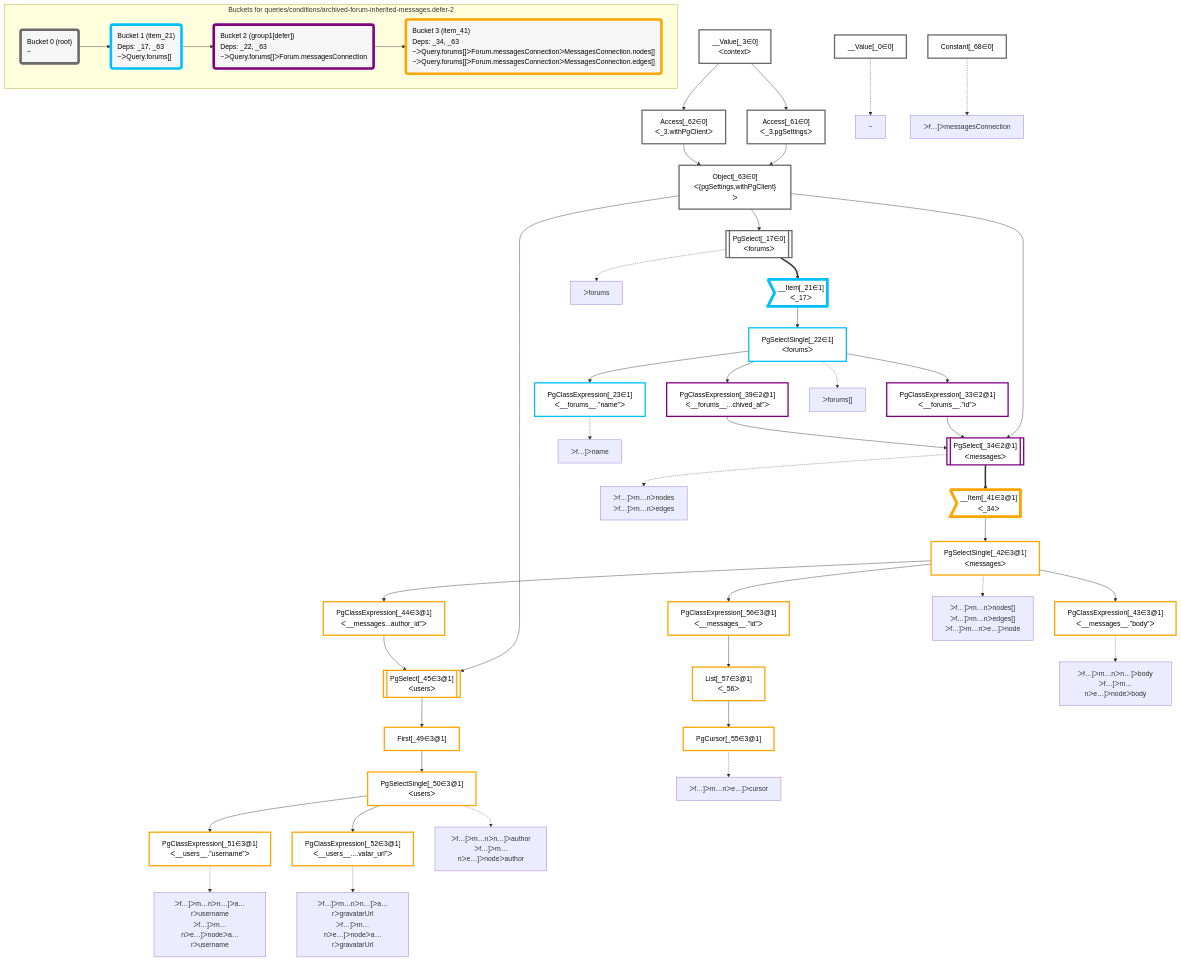
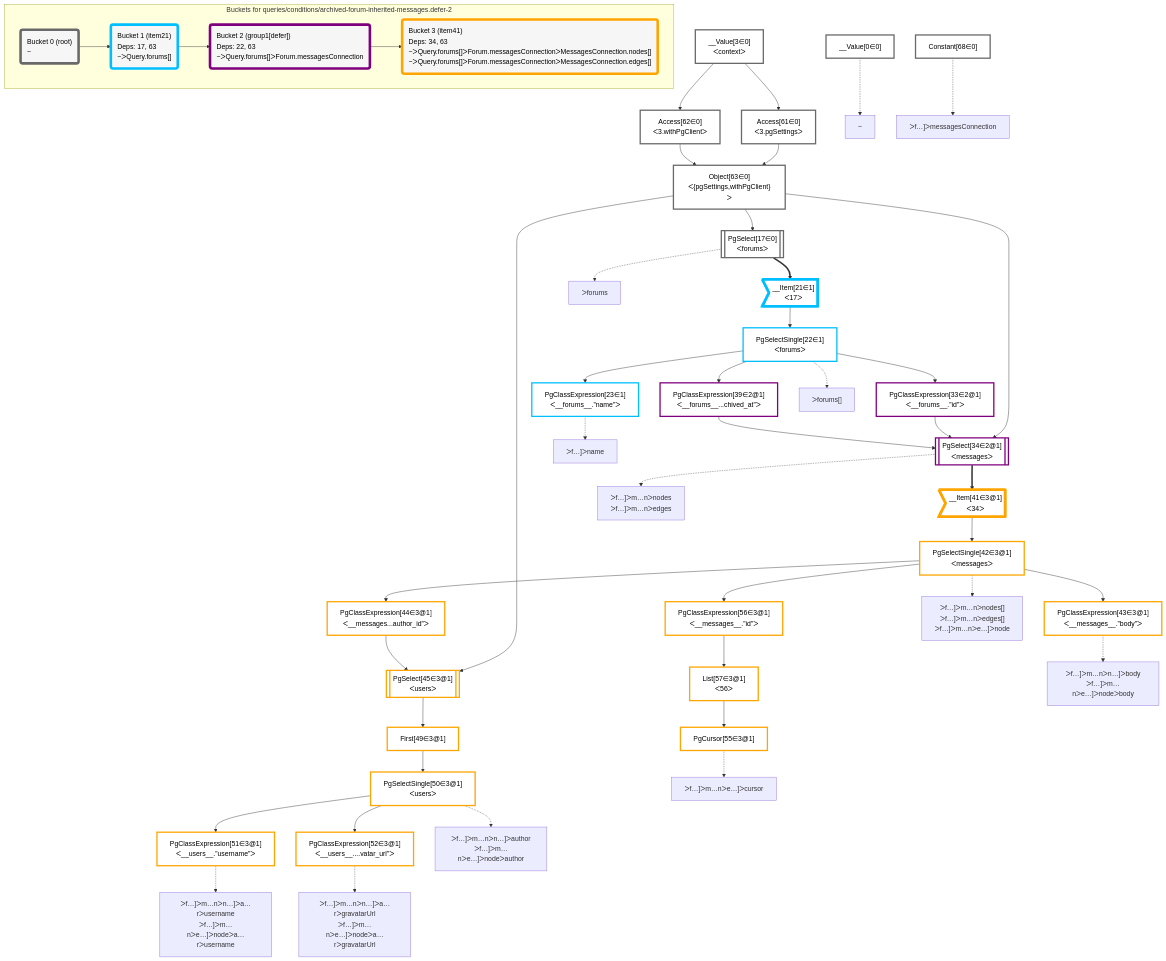
The diagram in packages/dataplan-pg/__tests__/queries/conditions/archived-forum-inherited-messages.defer-2.deopt.mermaid.md (graphile/crystal), drawn with Mermaid before and after one commit. The commit also changed 195 other files, not shown here.

```diff
--- a/packages/dataplan-pg/__tests__/queries/conditions/archived-forum-inherited-messages.defer-2.deopt.mermaid.md
+++ b/packages/dataplan-pg/__tests__/queries/conditions/archived-forum-inherited-messages.defer-2.deopt.mermaid.md
@@ -8,95 +8,95 @@
 
 
     %% define plans
-    __Value_0["__Value[_0∈0]"]:::plan
-    PgClassExpression_23["PgClassExpression[_23∈1]<br />ᐸ__forums__.”name”ᐳ"]:::plan
-    PgClassExpression_43["PgClassExpression[_43∈3@1]<br />ᐸ__messages__.”body”ᐳ"]:::plan
-    PgClassExpression_51["PgClassExpression[_51∈3@1]<br />ᐸ__users__.”username”ᐳ"]:::plan
-    PgClassExpression_52["PgClassExpression[_52∈3@1]<br />ᐸ__users__....vatar_url”ᐳ"]:::plan
-    PgSelectSingle_50["PgSelectSingle[_50∈3@1]<br />ᐸusersᐳ"]:::plan
-    First_49["First[_49∈3@1]"]:::plan
-    PgSelect_45[["PgSelect[_45∈3@1]<br />ᐸusersᐳ"]]:::plan
-    PgClassExpression_44["PgClassExpression[_44∈3@1]<br />ᐸ__messages...author_id”ᐳ"]:::plan
-    PgCursor_55["PgCursor[_55∈3@1]"]:::plan
-    List_57["List[_57∈3@1]<br />ᐸ_56ᐳ"]:::plan
-    PgClassExpression_56["PgClassExpression[_56∈3@1]<br />ᐸ__messages__.”id”ᐳ"]:::plan
-    PgSelectSingle_42["PgSelectSingle[_42∈3@1]<br />ᐸmessagesᐳ"]:::plan
-    __Item_41>"__Item[_41∈3@1]<br />ᐸ_34ᐳ"]:::itemplan
-    PgSelect_34[["PgSelect[_34∈2@1]<br />ᐸmessagesᐳ"]]:::plan
-    PgClassExpression_33["PgClassExpression[_33∈2@1]<br />ᐸ__forums__.”id”ᐳ"]:::plan
-    PgClassExpression_39["PgClassExpression[_39∈2@1]<br />ᐸ__forums__...chived_at”ᐳ"]:::plan
-    PgSelectSingle_22["PgSelectSingle[_22∈1]<br />ᐸforumsᐳ"]:::plan
-    __Item_21>"__Item[_21∈1]<br />ᐸ_17ᐳ"]:::itemplan
-    PgSelect_17[["PgSelect[_17∈0]<br />ᐸforumsᐳ"]]:::plan
-    Object_63["Object[_63∈0]<br />ᐸ{pgSettings,withPgClient}ᐳ"]:::plan
-    Access_61["Access[_61∈0]<br />ᐸ_3.pgSettingsᐳ"]:::plan
-    Access_62["Access[_62∈0]<br />ᐸ_3.withPgClientᐳ"]:::plan
-    __Value_3["__Value[_3∈0]<br />ᐸcontextᐳ"]:::plan
-    Constant_68["Constant[_68∈0]"]:::plan
+    __Value0["__Value[0∈0]"]:::plan
+    PgClassExpression23["PgClassExpression[23∈1]<br />ᐸ__forums__.”name”ᐳ"]:::plan
+    PgClassExpression43["PgClassExpression[43∈3@1]<br />ᐸ__messages__.”body”ᐳ"]:::plan
+    PgClassExpression51["PgClassExpression[51∈3@1]<br />ᐸ__users__.”username”ᐳ"]:::plan
+    PgClassExpression52["PgClassExpression[52∈3@1]<br />ᐸ__users__....vatar_url”ᐳ"]:::plan
+    PgSelectSingle50["PgSelectSingle[50∈3@1]<br />ᐸusersᐳ"]:::plan
+    First49["First[49∈3@1]"]:::plan
+    PgSelect45[["PgSelect[45∈3@1]<br />ᐸusersᐳ"]]:::plan
+    PgClassExpression44["PgClassExpression[44∈3@1]<br />ᐸ__messages...author_id”ᐳ"]:::plan
+    PgCursor55["PgCursor[55∈3@1]"]:::plan
+    List57["List[57∈3@1]<br />ᐸ56ᐳ"]:::plan
+    PgClassExpression56["PgClassExpression[56∈3@1]<br />ᐸ__messages__.”id”ᐳ"]:::plan
+    PgSelectSingle42["PgSelectSingle[42∈3@1]<br />ᐸmessagesᐳ"]:::plan
+    __Item41>"__Item[41∈3@1]<br />ᐸ34ᐳ"]:::itemplan
+    PgSelect34[["PgSelect[34∈2@1]<br />ᐸmessagesᐳ"]]:::plan
+    PgClassExpression33["PgClassExpression[33∈2@1]<br />ᐸ__forums__.”id”ᐳ"]:::plan
+    PgClassExpression39["PgClassExpression[39∈2@1]<br />ᐸ__forums__...chived_at”ᐳ"]:::plan
+    PgSelectSingle22["PgSelectSingle[22∈1]<br />ᐸforumsᐳ"]:::plan
+    __Item21>"__Item[21∈1]<br />ᐸ17ᐳ"]:::itemplan
+    PgSelect17[["PgSelect[17∈0]<br />ᐸforumsᐳ"]]:::plan
+    Object63["Object[63∈0]<br />ᐸ{pgSettings,withPgClient}ᐳ"]:::plan
+    Access61["Access[61∈0]<br />ᐸ3.pgSettingsᐳ"]:::plan
+    Access62["Access[62∈0]<br />ᐸ3.withPgClientᐳ"]:::plan
+    __Value3["__Value[3∈0]<br />ᐸcontextᐳ"]:::plan
+    Constant68["Constant[68∈0]"]:::plan
 
     %% plan dependencies
-    PgSelectSingle_22 --> PgClassExpression_23
-    PgSelectSingle_42 --> PgClassExpression_43
-    PgSelectSingle_50 --> PgClassExpression_51
-    PgSelectSingle_50 --> PgClassExpression_52
-    First_49 --> PgSelectSingle_50
-    PgSelect_45 --> First_49
-    Object_63 & PgClassExpression_44 --> PgSelect_45
-    PgSelectSingle_42 --> PgClassExpression_44
-    List_57 --> PgCursor_55
-    PgClassExpression_56 --> List_57
-    PgSelectSingle_42 --> PgClassExpression_56
-    __Item_41 --> PgSelectSingle_42
-    PgSelect_34 ==> __Item_41
-    Object_63 & PgClassExpression_33 & PgClassExpression_39 --> PgSelect_34
-    PgSelectSingle_22 --> PgClassExpression_33
-    PgSelectSingle_22 --> PgClassExpression_39
-    __Item_21 --> PgSelectSingle_22
-    PgSelect_17 ==> __Item_21
-    Object_63 --> PgSelect_17
-    Access_61 & Access_62 --> Object_63
-    __Value_3 --> Access_61
-    __Value_3 --> Access_62
+    PgSelectSingle22 --> PgClassExpression23
+    PgSelectSingle42 --> PgClassExpression43
+    PgSelectSingle50 --> PgClassExpression51
+    PgSelectSingle50 --> PgClassExpression52
+    First49 --> PgSelectSingle50
+    PgSelect45 --> First49
+    Object63 & PgClassExpression44 --> PgSelect45
+    PgSelectSingle42 --> PgClassExpression44
+    List57 --> PgCursor55
+    PgClassExpression56 --> List57
+    PgSelectSingle42 --> PgClassExpression56
+    __Item41 --> PgSelectSingle42
+    PgSelect34 ==> __Item41
+    Object63 & PgClassExpression33 & PgClassExpression39 --> PgSelect34
+    PgSelectSingle22 --> PgClassExpression33
+    PgSelectSingle22 --> PgClassExpression39
+    __Item21 --> PgSelectSingle22
+    PgSelect17 ==> __Item21
+    Object63 --> PgSelect17
+    Access61 & Access62 --> Object63
+    __Value3 --> Access61
+    __Value3 --> Access62
 
     %% plan-to-path relationships
-    P_0["~"]
-    __Value_0 -.-> P_0
-    P_17["ᐳforums"]
-    PgSelect_17 -.-> P_17
-    P_22["ᐳforums[]"]
-    PgSelectSingle_22 -.-> P_22
-    P_23["ᐳf…]ᐳname"]
-    PgClassExpression_23 -.-> P_23
-    P_34["ᐳf…]ᐳm…nᐳnodes<br />ᐳf…]ᐳm…nᐳedges"]
-    PgSelect_34 -.-> P_34
-    P_42["ᐳf…]ᐳm…nᐳnodes[]<br />ᐳf…]ᐳm…nᐳedges[]<br />ᐳf…]ᐳm…nᐳe…]ᐳnode"]
-    PgSelectSingle_42 -.-> P_42
-    P_43["ᐳf…]ᐳm…nᐳn…]ᐳbody<br />ᐳf…]ᐳm…nᐳe…]ᐳnodeᐳbody"]
-    PgClassExpression_43 -.-> P_43
-    P_50["ᐳf…]ᐳm…nᐳn…]ᐳauthor<br />ᐳf…]ᐳm…nᐳe…]ᐳnodeᐳauthor"]
-    PgSelectSingle_50 -.-> P_50
-    P_51["ᐳf…]ᐳm…nᐳn…]ᐳa…rᐳusername<br />ᐳf…]ᐳm…nᐳe…]ᐳnodeᐳa…rᐳusername"]
-    PgClassExpression_51 -.-> P_51
-    P_52["ᐳf…]ᐳm…nᐳn…]ᐳa…rᐳgravatarUrl<br />ᐳf…]ᐳm…nᐳe…]ᐳnodeᐳa…rᐳgravatarUrl"]
-    PgClassExpression_52 -.-> P_52
-    P_55["ᐳf…]ᐳm…nᐳe…]ᐳcursor"]
-    PgCursor_55 -.-> P_55
-    P_68["ᐳf…]ᐳmessagesConnection"]
-    Constant_68 -.-> P_68
+    P0["~"]
+    __Value0 -.-> P0
+    P17["ᐳforums"]
+    PgSelect17 -.-> P17
+    P22["ᐳforums[]"]
+    PgSelectSingle22 -.-> P22
+    P23["ᐳf…]ᐳname"]
+    PgClassExpression23 -.-> P23
+    P34["ᐳf…]ᐳm…nᐳnodes<br />ᐳf…]ᐳm…nᐳedges"]
+    PgSelect34 -.-> P34
+    P42["ᐳf…]ᐳm…nᐳnodes[]<br />ᐳf…]ᐳm…nᐳedges[]<br />ᐳf…]ᐳm…nᐳe…]ᐳnode"]
+    PgSelectSingle42 -.-> P42
+    P43["ᐳf…]ᐳm…nᐳn…]ᐳbody<br />ᐳf…]ᐳm…nᐳe…]ᐳnodeᐳbody"]
+    PgClassExpression43 -.-> P43
+    P50["ᐳf…]ᐳm…nᐳn…]ᐳauthor<br />ᐳf…]ᐳm…nᐳe…]ᐳnodeᐳauthor"]
+    PgSelectSingle50 -.-> P50
+    P51["ᐳf…]ᐳm…nᐳn…]ᐳa…rᐳusername<br />ᐳf…]ᐳm…nᐳe…]ᐳnodeᐳa…rᐳusername"]
+    PgClassExpression51 -.-> P51
+    P52["ᐳf…]ᐳm…nᐳn…]ᐳa…rᐳgravatarUrl<br />ᐳf…]ᐳm…nᐳe…]ᐳnodeᐳa…rᐳgravatarUrl"]
+    PgClassExpression52 -.-> P52
+    P55["ᐳf…]ᐳm…nᐳe…]ᐳcursor"]
+    PgCursor55 -.-> P55
+    P68["ᐳf…]ᐳmessagesConnection"]
+    Constant68 -.-> P68
 
     subgraph "Buckets for queries/conditions/archived-forum-inherited-messages.defer-2"
     Bucket0("Bucket 0 (root)<br />~"):::bucket
     classDef bucket0 stroke:#696969
-    class Bucket0,__Value_0,__Value_3,PgSelect_17,Access_61,Access_62,Object_63,Constant_68 bucket0
-    Bucket1("Bucket 1 (item_21)<br />Deps: _17, _63<br />~ᐳQuery.forums[]"):::bucket
+    class Bucket0,__Value0,__Value3,PgSelect17,Access61,Access62,Object63,Constant68 bucket0
+    Bucket1("Bucket 1 (item21)<br />Deps: 17, 63<br />~ᐳQuery.forums[]"):::bucket
     classDef bucket1 stroke:#00bfff
-    class Bucket1,__Item_21,PgSelectSingle_22,PgClassExpression_23 bucket1
-    Bucket2("Bucket 2 (group1[defer])<br />Deps: _22, _63<br />~ᐳQuery.forums[]ᐳForum.messagesConnection"):::bucket
+    class Bucket1,__Item21,PgSelectSingle22,PgClassExpression23 bucket1
+    Bucket2("Bucket 2 (group1[defer])<br />Deps: 22, 63<br />~ᐳQuery.forums[]ᐳForum.messagesConnection"):::bucket
     classDef bucket2 stroke:#7f007f
-    class Bucket2,PgClassExpression_33,PgSelect_34,PgClassExpression_39 bucket2
-    Bucket3("Bucket 3 (item_41)<br />Deps: _34, _63<br />~ᐳQuery.forums[]ᐳForum.messagesConnectionᐳMessagesConnection.nodes[]<br />~ᐳQuery.forums[]ᐳForum.messagesConnectionᐳMessagesConnection.edges[]"):::bucket
+    class Bucket2,PgClassExpression33,PgSelect34,PgClassExpression39 bucket2
+    Bucket3("Bucket 3 (item41)<br />Deps: 34, 63<br />~ᐳQuery.forums[]ᐳForum.messagesConnectionᐳMessagesConnection.nodes[]<br />~ᐳQuery.forums[]ᐳForum.messagesConnectionᐳMessagesConnection.edges[]"):::bucket
     classDef bucket3 stroke:#ffa500
-    class Bucket3,__Item_41,PgSelectSingle_42,PgClassExpression_43,PgClassExpression_44,PgSelect_45,First_49,PgSelectSingle_50,PgClassExpression_51,PgClassExpression_52,PgCursor_55,PgClassExpression_56,List_57 bucket3
+    class Bucket3,__Item41,PgSelectSingle42,PgClassExpression43,PgClassExpression44,PgSelect45,First49,PgSelectSingle50,PgClassExpression51,PgClassExpression52,PgCursor55,PgClassExpression56,List57 bucket3
     Bucket0 --> Bucket1
     Bucket1 --> Bucket2
     Bucket2 --> Bucket3
```
